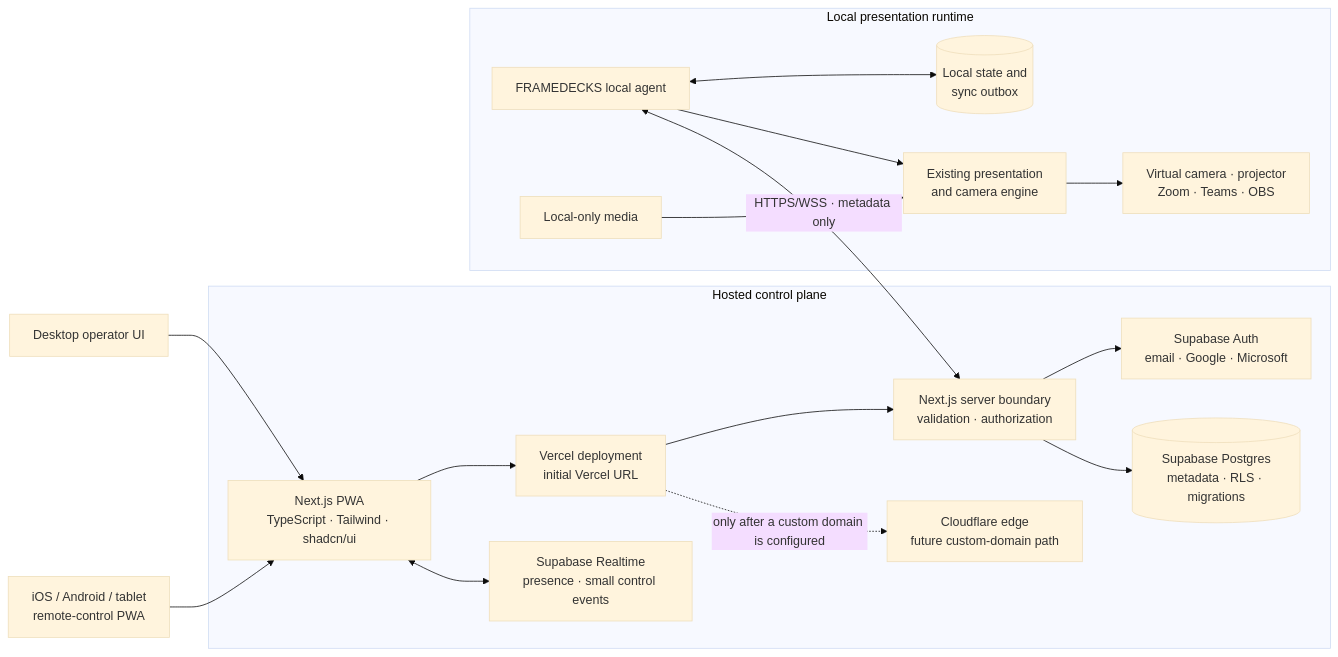
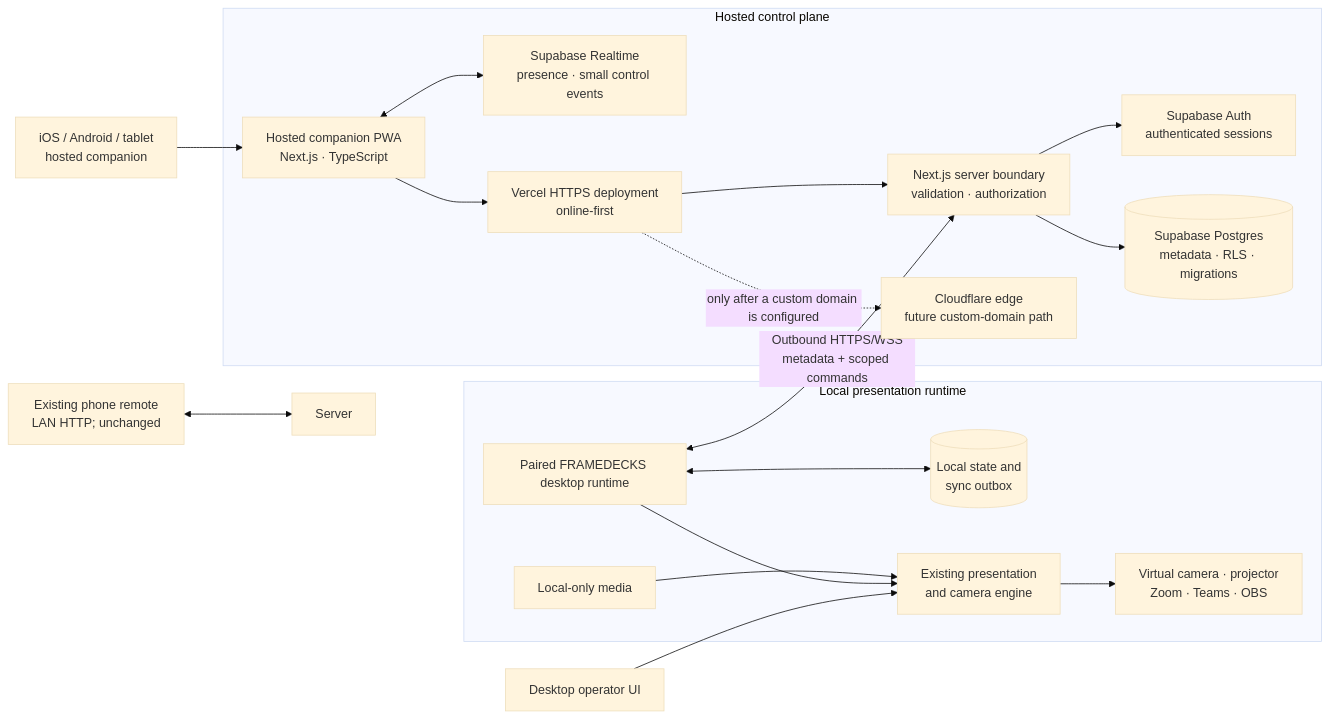
The second of 11 diagrams in docs/FRAMEDECKS_MODERNIZATION.md (mshobin/FrameDecks), drawn with Mermaid (base theme) before and after one commit. The commit also changed other lines of this file and 3 other files, not shown here.

Commit message:
Phase 4: Hosted PWA architecture accepted

````diff
--- a/docs/FRAMEDECKS_MODERNIZATION.md
+++ b/docs/FRAMEDECKS_MODERNIZATION.md
@@ -48,32 +50,34 @@
 ```mermaid
 flowchart LR
   subgraph Web["Hosted control plane"]
-    PWA["Next.js PWA<br/>TypeScript · Tailwind · shadcn/ui"]
+    PWA["Hosted companion PWA<br/>Next.js · TypeScript"]
     App["Next.js server boundary<br/>validation · authorization"]
-    Auth["Supabase Auth<br/>email · Google · Microsoft"]
+    Auth["Supabase Auth<br/>authenticated sessions"]
     DB[("Supabase Postgres<br/>metadata · RLS · migrations")]
     RT["Supabase Realtime<br/>presence · small control events"]
-    Vercel["Vercel deployment<br/>initial Vercel URL"]
+    Vercel["Vercel HTTPS deployment<br/>online-first"]
     CF["Cloudflare edge<br/>future custom-domain path"]
     PWA --> Vercel --> App
     App --> Auth
     App --> DB
     PWA <--> RT
     Vercel -. "only after a custom domain is configured" .-> CF
   end
   subgraph Runtime["Local presentation runtime"]
-    Agent["FRAMEDECKS local agent"]
+    Agent["Paired FRAMEDECKS desktop runtime"]
     LocalState[("Local state and<br/>sync outbox")]
     LocalMedia["Local-only media"]
     Engine["Existing presentation<br/>and camera engine"]
     Outputs["Virtual camera · projector<br/>Zoom · Teams · OBS"]
     Agent <--> LocalState
     LocalMedia --> Engine --> Outputs
     Agent --> Engine
   end
-  Phone["iOS / Android / tablet<br/>remote-control PWA"]
+  Phone["iOS / Android / tablet<br/>hosted companion"]
+  LanPhone["Existing phone remote<br/>LAN HTTP; unchanged"]
   Desktop["Desktop operator UI"]
-  Desktop --> PWA
   Phone --> PWA
-  Agent <-->|HTTPS/WSS · metadata only| App
+  Desktop --> Engine
+  LanPhone <--> Server
+  Agent <-->|Outbound HTTPS/WSS<br/>metadata + scoped commands| App
 ```
````
